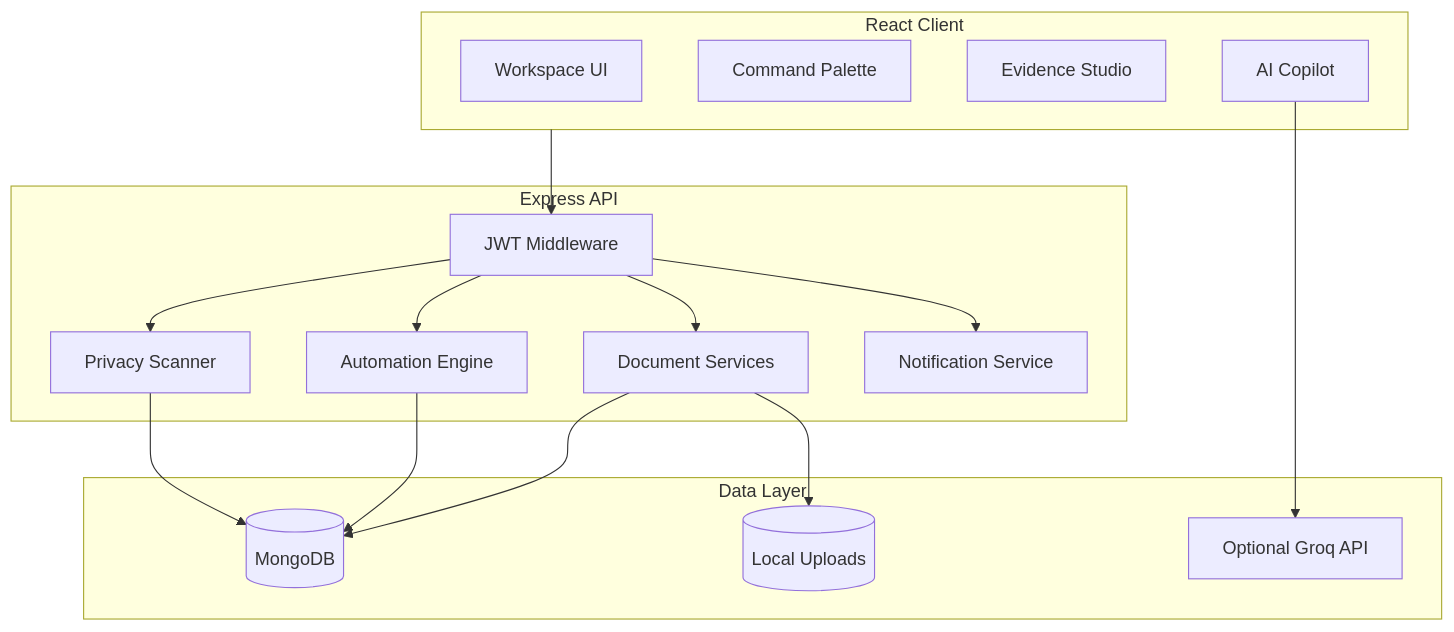
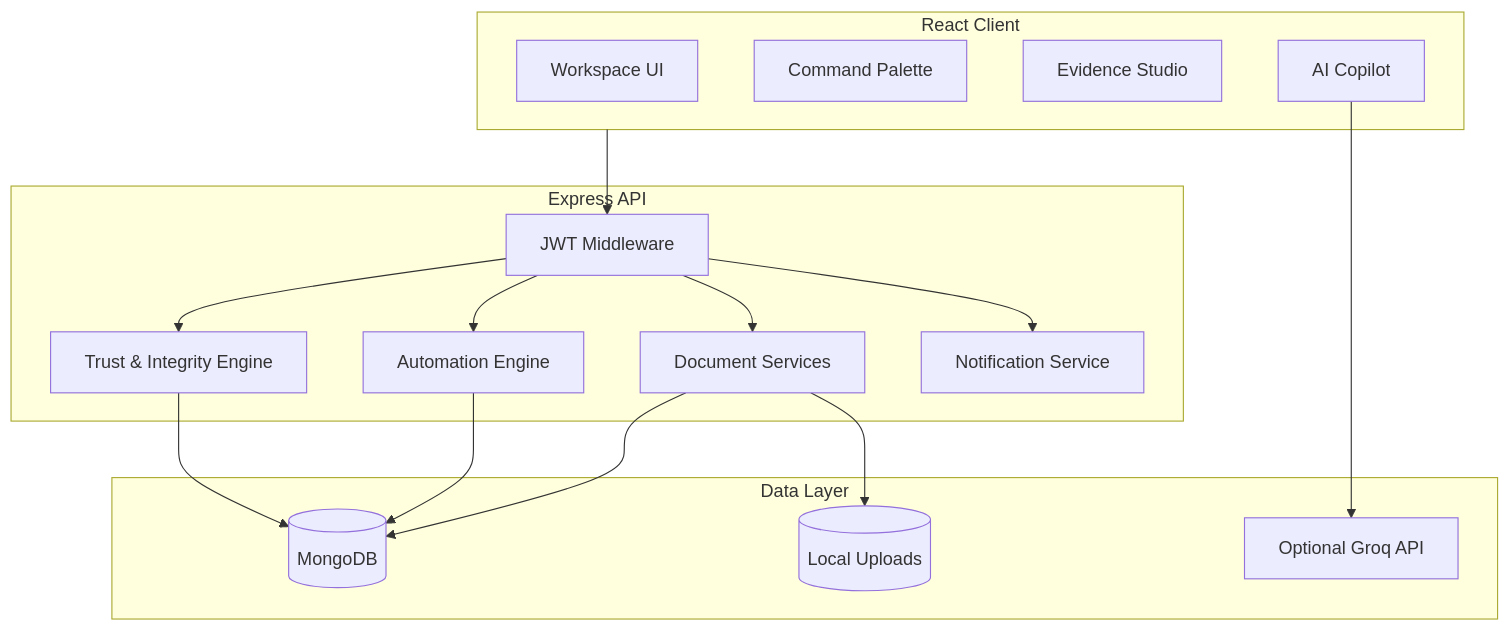
One commit to Vishal619-dubey/AutoFlow-AI changed the second of 2 diagrams in README.md. Above: the diagram before and after it, drawn with Mermaid. The commit also changed other lines of this file and 21 other files, not shown here.

````diff
--- a/README.md
+++ b/README.md
@@ -147,34 +159,34 @@
 ```mermaid
 flowchart TB
     subgraph Client[React Client]
         UI[Workspace UI]
         CP[Command Palette]
         EV[Evidence Studio]
         CHAT[AI Copilot]
     end
 
     subgraph API[Express API]
         AUTH[JWT Middleware]
         DOC[Document Services]
         RULE[Automation Engine]
-        SEC[Privacy Scanner]
+        SEC[Trust & Integrity Engine]
         NOTIFY[Notification Service]
     end
 
     subgraph Data[Data Layer]
         DB[(MongoDB)]
         FILES[(Local Uploads)]
         GROQ[Optional Groq API]
     end
 
     Client --> AUTH
     AUTH --> DOC
     AUTH --> RULE
     AUTH --> SEC
     AUTH --> NOTIFY
     DOC --> DB
     DOC --> FILES
     RULE --> DB
     SEC --> DB
     CHAT --> GROQ
 ```
````
